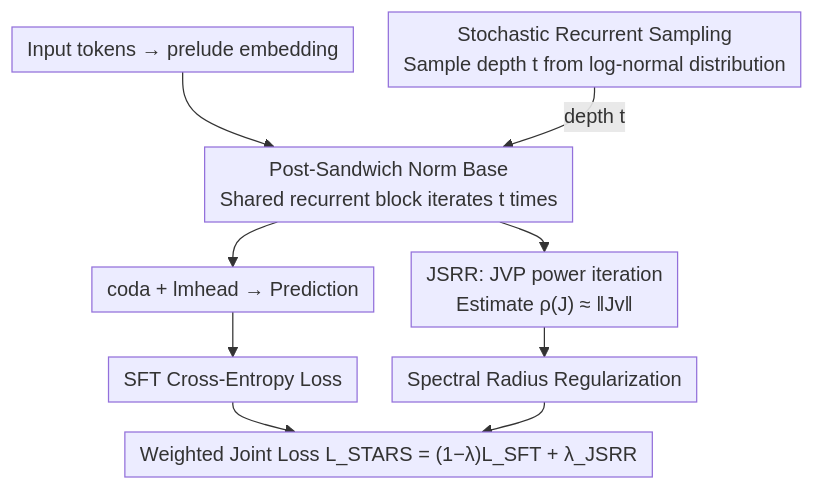
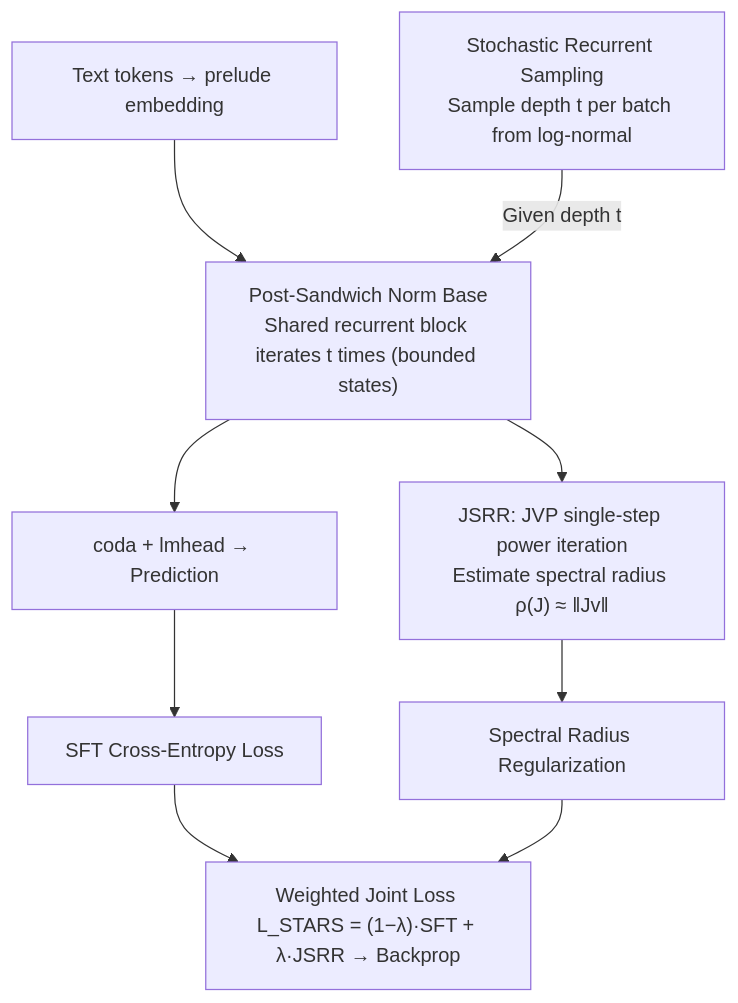
One commit to zhaoyang97/Paper-Notes-en changed the diagram in docs/ICML2026/llm_reasoning/stabilizing_recurrent_dynamics_for_test-time_scalable_latent_reasoning_in_looped.md. Above: the diagram before and after it, drawn with Mermaid. The commit also changed other lines of this file and 5084 other files, not shown here.

````diff
--- a/docs/ICML2026/llm_reasoning/stabilizing_recurrent_dynamics_for_test-time_scalable_latent_reasoning_in_looped.md
+++ b/docs/ICML2026/llm_reasoning/stabilizing_recurrent_dynamics_for_test-time_scalable_latent_reasoning_in_looped.md
@@ -49,13 +49,12 @@
 ```mermaid
-%%{init: {'flowchart': {'rankSpacing': 24, 'nodeSpacing': 28, 'padding': 6, 'wrappingWidth': 400}}}%%
-flowchart TD
-    A["Input tokens → prelude embedding"] --> B
-    R["Stochastic Recurrent Sampling<br/>Sample depth t from log-normal distribution"] -->|depth t| B
-    B["Post-Sandwich Norm Base<br/>Shared recurrent block iterates t times"]
+graph TD
+    A["Text tokens → prelude embedding"] --> B
+    R["Stochastic Recurrent Sampling<br/>Sample depth t per batch from log-normal"] -->|Given depth t| B
+    B["Post-Sandwich Norm Base<br/>Shared recurrent block iterates t times (bounded states)"]
     B --> C["coda + lmhead → Prediction"]
-    B --> D["JSRR: JVP power iteration<br/>Estimate ρ(J) ≈ ‖Jv‖"]
+    B --> D["JSRR: JVP single-step power iteration<br/>Estimate spectral radius ρ(J) ≈ ‖Jv‖"]
     C --> E["SFT Cross-Entropy Loss"]
     D --> F["Spectral Radius Regularization"]
-    E --> G["Weighted Joint Loss L_STARS = (1−λ)L_SFT + λ_JSRR"]
+    E --> G["Weighted Joint Loss L_STARS = (1−λ)·SFT + λ·JSRR → Backprop"]
     F --> G
 ```
````
